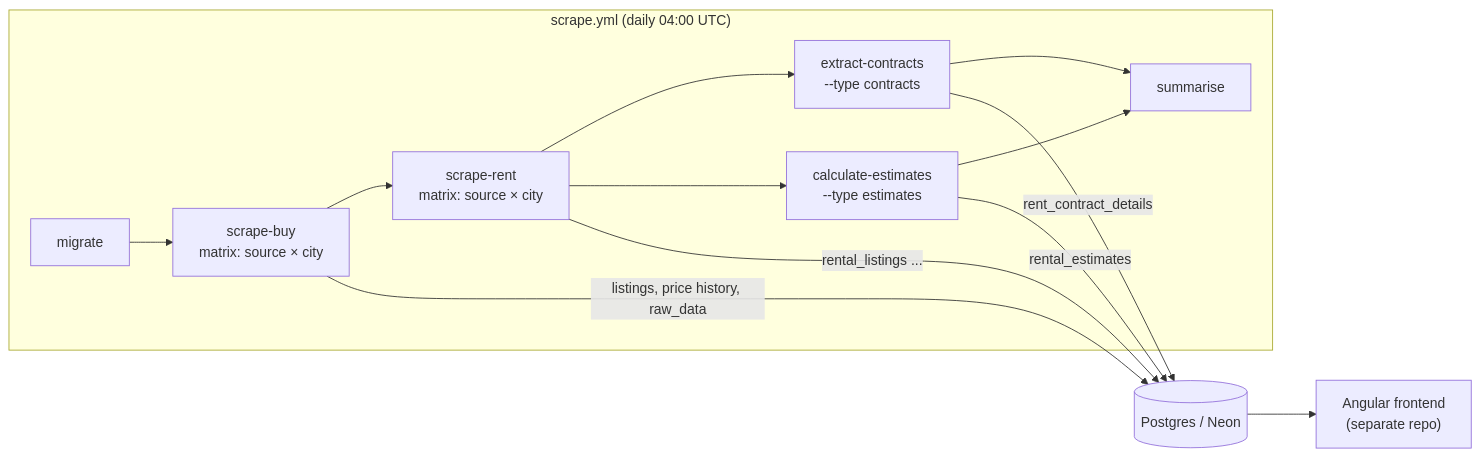
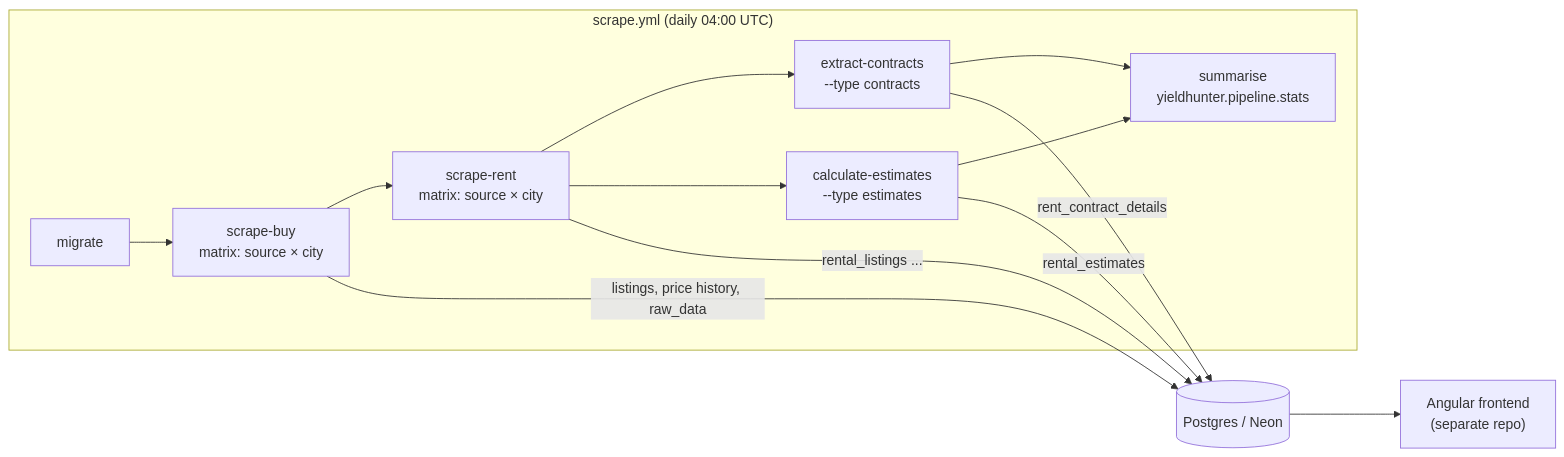
Before and after one commit to RPGPT/rental-yield-hunter: the diagram in docs/ARCHITECTURE.md, drawn with Mermaid. The commit also changed other lines of this file and 85 other files, not shown here.

Commit message:
Refactor into yieldhunter package with real-data flow tests and pipeline optimizations

````diff
--- a/docs/ARCHITECTURE.md
+++ b/docs/ARCHITECTURE.md
@@ -5,16 +5,16 @@
 ```mermaid
 flowchart LR
     subgraph Daily["scrape.yml (daily 04:00 UTC)"]
         M[migrate] --> B["scrape-buy<br/>matrix: source × city"]
         B --> R["scrape-rent<br/>matrix: source × city"]
         R --> C["extract-contracts<br/>--type contracts"]
         R --> E["calculate-estimates<br/>--type estimates"]
-        C --> S[summarise]
+        C --> S["summarise<br/>yieldhunter.pipeline.stats"]
         E --> S
     end
     B -->|listings, price history, raw_data| DB[(Postgres / Neon)]
     R -->|rental_listings ...| DB
     C -->|rent_contract_details| DB
     E -->|rental_estimates| DB
     DB --> FE["Angular frontend<br/>(separate repo)"]
 ```
````
